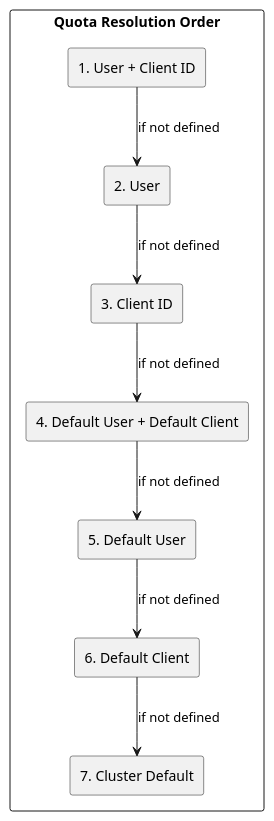
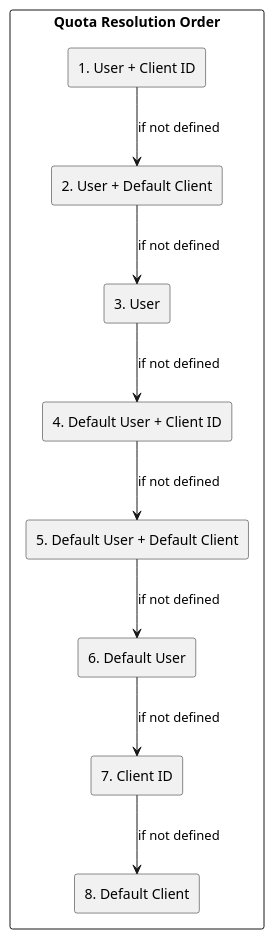
Before and after one commit to axonops/documentation: the second of 8 diagrams in docs/data-platforms/kafka/architecture/client-connections/throttling.md, drawn with PlantUML. The commit also changed other lines of this file and 34 other files, not shown here.

Commit message:
Updated Kafka architecture documents

````diff
--- a/docs/data-platforms/kafka/architecture/client-connections/throttling.md
+++ b/docs/data-platforms/kafka/architecture/client-connections/throttling.md
@@ -53,24 +54,26 @@
 ```plantuml
 @startuml
 
 skinparam backgroundColor transparent
 
 rectangle "Quota Resolution Order" {
     rectangle "1. User + Client ID" as UC
-    rectangle "2. User" as U
-    rectangle "3. Client ID" as C
-    rectangle "4. Default User + Default Client" as DUC
-    rectangle "5. Default User" as DU
-    rectangle "6. Default Client" as DC
-    rectangle "7. Cluster Default" as CD
+    rectangle "2. User + Default Client" as UDC
+    rectangle "3. User" as U
+    rectangle "4. Default User + Client ID" as DUC
+    rectangle "5. Default User + Default Client" as DUDC
+    rectangle "6. Default User" as DU
+    rectangle "7. Client ID" as C
+    rectangle "8. Default Client" as DC
 }
 
-UC --> U : if not defined
-U --> C : if not defined
-C --> DUC : if not defined
-DUC --> DU : if not defined
-DU --> DC : if not defined
-DC --> CD : if not defined
+UC --> UDC : if not defined
+UDC --> U : if not defined
+U --> DUC : if not defined
+DUC --> DUDC : if not defined
+DUDC --> DU : if not defined
+DU --> C : if not defined
+C --> DC : if not defined
 
 @enduml
 ```
````
